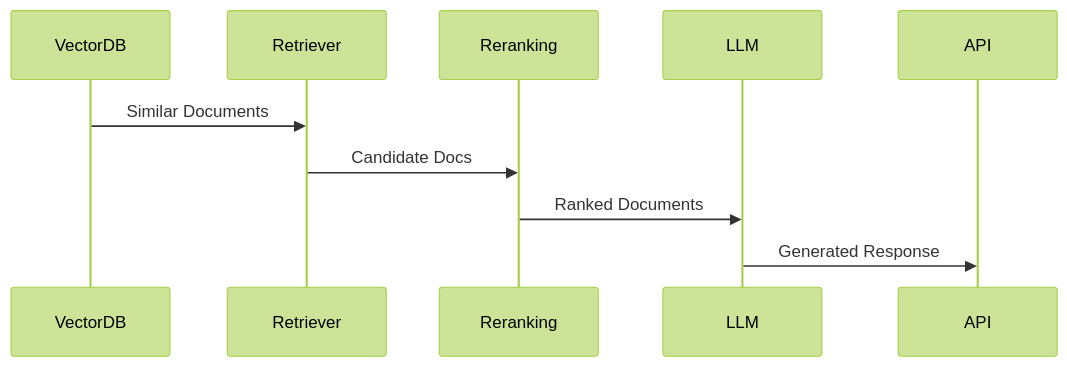
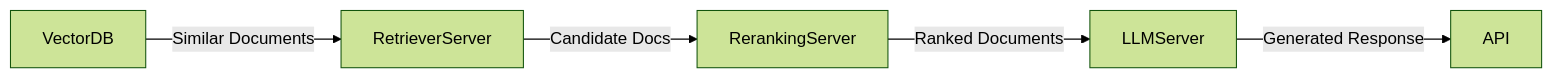
The third of 4 diagrams in opea-comps/opea-testing/technical_analysis.md (SuperNolvas/free-genai-bootcamp-2025), drawn with Mermaid (forest theme) before and after one commit. The commit also changed other lines of this file, not shown here.

Commit message:
Fix Mermaid diagram rendering, remove duplication to simplify pipeline illustration

````diff
--- a/opea-comps/opea-testing/technical_analysis.md
+++ b/opea-comps/opea-testing/technical_analysis.md
@@ -112,12 +105,4 @@
-   ```mermaid
-   sequenceDiagram
-       participant VectorDB
-       participant Retriever
-       participant Reranking
-       participant LLM
-       
-       VectorDB->>Retriever: Similar Documents
-       Retriever->>Reranking: Candidate Docs
-       Reranking->>LLM: Ranked Documents
-       LLM->>API: Generated Response
-   ```
+    ```mermaid
+    graph LR
+        VectorDB -- Similar Documents --> RetrieverServer -- Candidate Docs --> RerankingServer -- Ranked Documents --> LLMServer -- Generated Response --> API
+    ```
````
